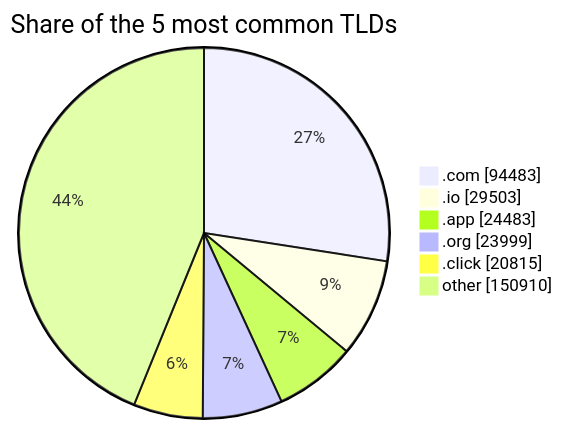
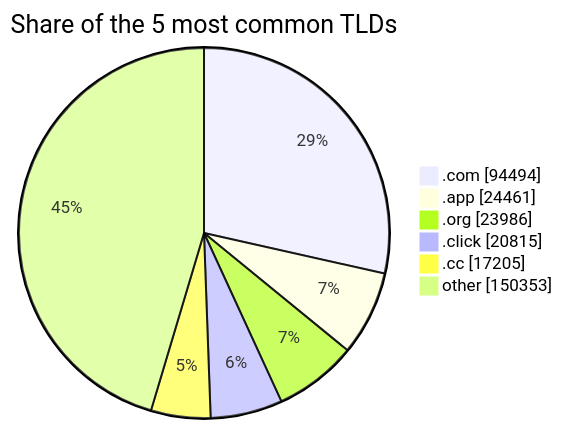
The third of 3 diagrams in README.md (DNSBunker/CTI), drawn with Mermaid before and after one commit. The commit also changed other lines of this file and 4 other files, not shown here.

````diff
--- a/README.md
+++ b/README.md
@@ -81,9 +81,9 @@
 ```mermaid
 pie showData title Share of the 5 most common TLDs
-    ".com" : 94483
-    ".io" : 29503
-    ".app" : 24483
-    ".org" : 23999
+    ".com" : 94494
+    ".app" : 24461
+    ".org" : 23986
     ".click" : 20815
-    "other" : 150910
+    ".cc" : 17205
+    "other" : 150353
 ```
````
